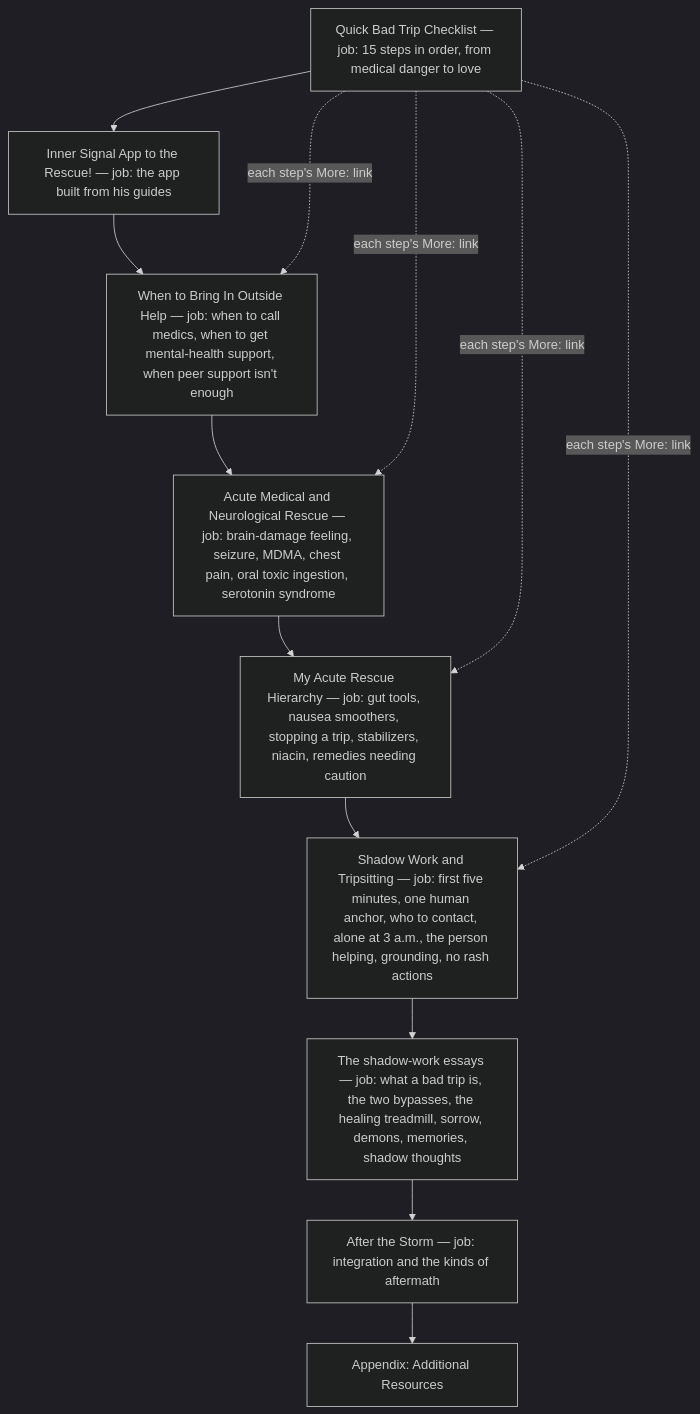
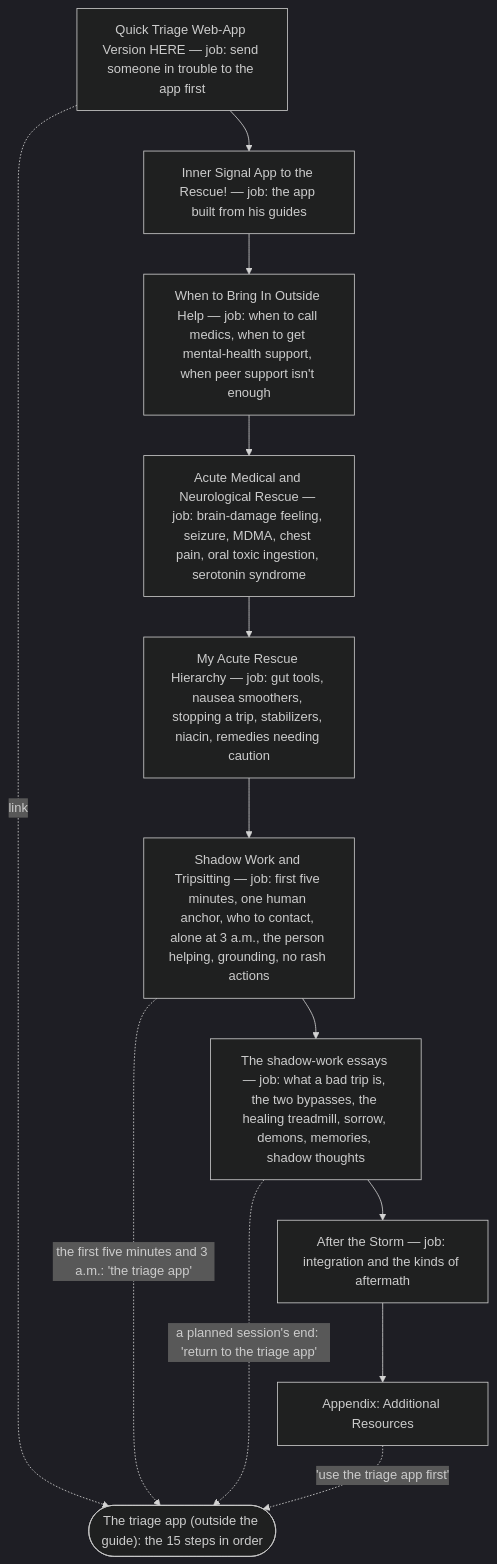
Before and after one commit to u-dont-existDOTcom/joel-articles: the first of 2 diagrams in articles/bad-trips/ARCHITECTURE.md, drawn with Mermaid (dark theme). The commit also changed other lines of this file and 49 other files, not shown here.

First line of the commit message:
Bad Trips guide: his round-4 answers in, the checklist out with version 9 live, round 5's page for his CBD paragraph

````diff
--- a/articles/bad-trips/ARCHITECTURE.md
+++ b/articles/bad-trips/ARCHITECTURE.md
@@ -18,17 +22,18 @@
 ```mermaid
 flowchart TD
-    check["Quick Bad Trip Checklist — job: 15 steps in order, from medical danger to love"]
+    applink["Quick Triage Web-App Version HERE — job: send someone in trouble to the app first"]
     app["Inner Signal App to the Rescue! — job: the app built from his guides"]
     help["When to Bring In Outside Help — job: when to call medics, when to get mental-health support, when peer support isn't enough"]
     acute["Acute Medical and Neurological Rescue — job: brain-damage feeling, seizure, MDMA, chest pain, oral toxic ingestion, serotonin syndrome"]
     remedies["My Acute Rescue Hierarchy — job: gut tools, nausea smoothers, stopping a trip, stabilizers, niacin, remedies needing caution"]
     sit["Shadow Work and Tripsitting — job: first five minutes, one human anchor, who to contact, alone at 3 a.m., the person helping, grounding, no rash actions"]
     essays["The shadow-work essays — job: what a bad trip is, the two bypasses, the healing treadmill, sorrow, demons, memories, shadow thoughts"]
     after["After the Storm — job: integration and the kinds of aftermath"]
     res["Appendix: Additional Resources"]
-    check --> app --> help --> acute --> remedies --> sit --> essays --> after --> res
-    check -. "each step's More: link" .-> help
-    check -. "each step's More: link" .-> acute
-    check -. "each step's More: link" .-> remedies
-    check -. "each step's More: link" .-> sit
+    applink --> app --> help --> acute --> remedies --> sit --> essays --> after --> res
+    triage(["The triage app (outside the guide): the 15 steps in order"])
+    applink -. "link" .-> triage
+    sit -. "the first five minutes and 3 a.m.: 'the triage app'" .-> triage
+    essays -. "a planned session's end: 'return to the triage app'" .-> triage
+    res -. "'use the triage app first'" .-> triage
 ```
````
